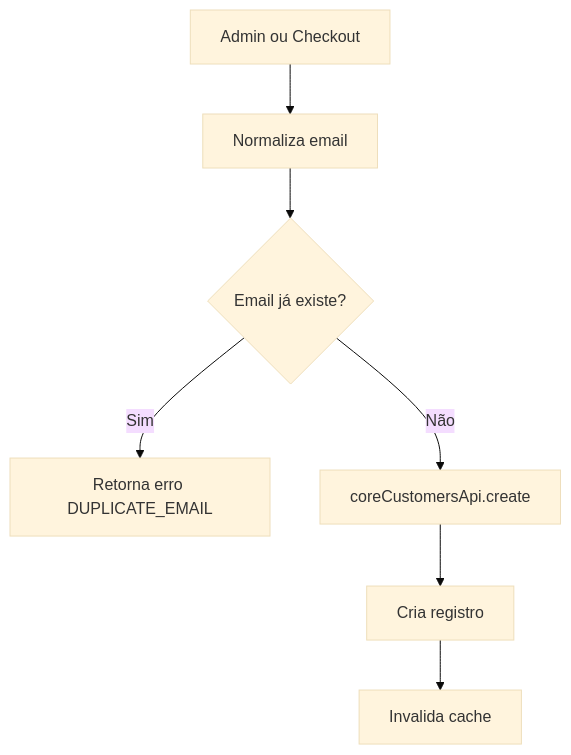
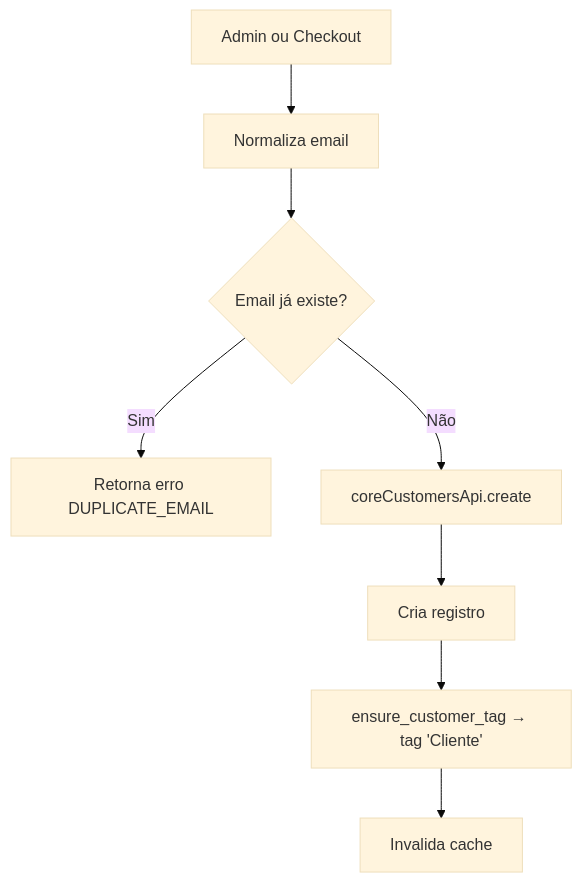
One commit to toniravaziojr-sudo/orbit-commerce-os changed the diagram in docs/regras/clientes.md. Above: the diagram before and after it, drawn with Mermaid (base theme). The commit also changed other lines of this file, not shown here.

````diff
--- a/docs/regras/clientes.md
+++ b/docs/regras/clientes.md
@@ -202,9 +202,10 @@
 ```mermaid
 graph TD
     A[Admin ou Checkout] --> B[Normaliza email]
     B --> C{Email já existe?}
     C -->|Sim| D[Retorna erro DUPLICATE_EMAIL]
     C -->|Não| E[coreCustomersApi.create]
     E --> F[Cria registro]
-    F --> G[Invalida cache]
+    F --> G[ensure_customer_tag → tag 'Cliente']
+    G --> H[Invalida cache]
 ```
````
